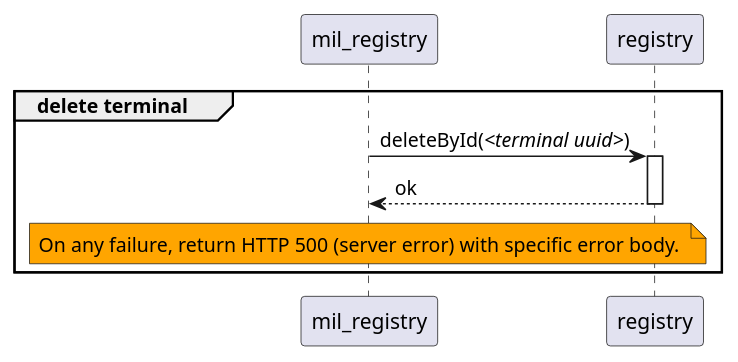
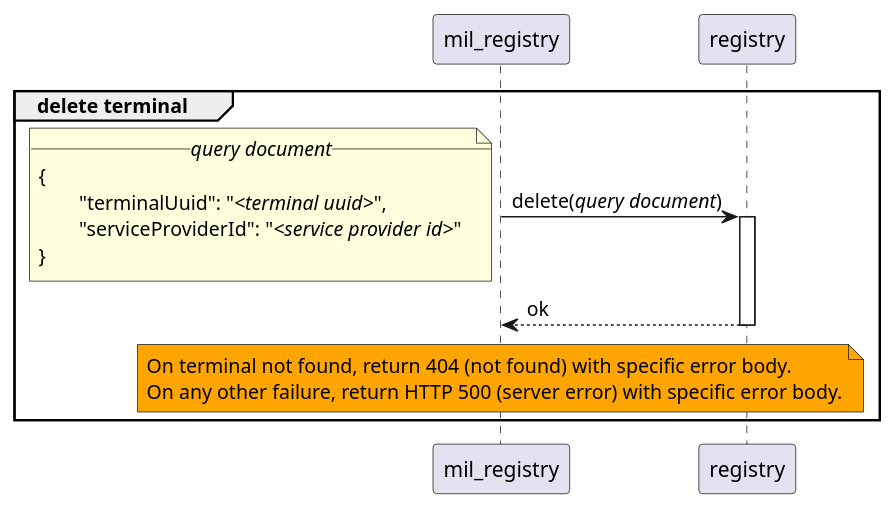
The diagram in sequence_diags/pagoPA/pos_management/delete_terminal_for_psp.puml (pagopa/mil-diags), drawn with PlantUML before and after one commit. The commit also changed 21 other files, not shown here.

```diff
--- a/sequence_diags/pagoPA/pos_management/delete_terminal_for_psp.puml
+++ b/sequence_diags/pagoPA/pos_management/delete_terminal_for_psp.puml
@@ -1,9 +1,17 @@
 group delete terminal
-	mil_registry -> registry ++ : deleteById(//<terminal uuid>//)
+	mil_registry -> registry ++ : delete(//query document//)
+		note left
+			__//query document//__
+			{
+				"terminalUuid": "//<terminal uuid>//",
+				"serviceProviderId": "//<service provider id>//"
+			}
+		end note
 
 	registry --> mil_registry -- : ok
 
     note over mil_registry #Orange
-		On any failure, return HTTP 500 (server error) with specific error body. 
+		On terminal not found, return 404 (not found) with specific error body.
+		On any other failure, return HTTP 500 (server error) with specific error body.
 	end note
 end
```
